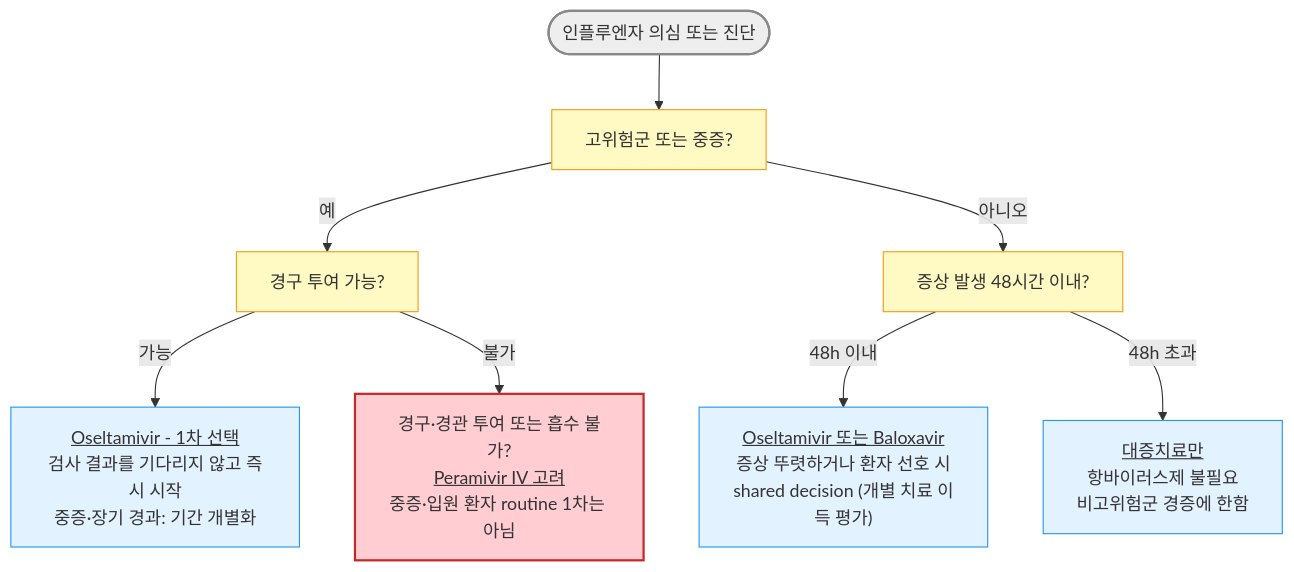
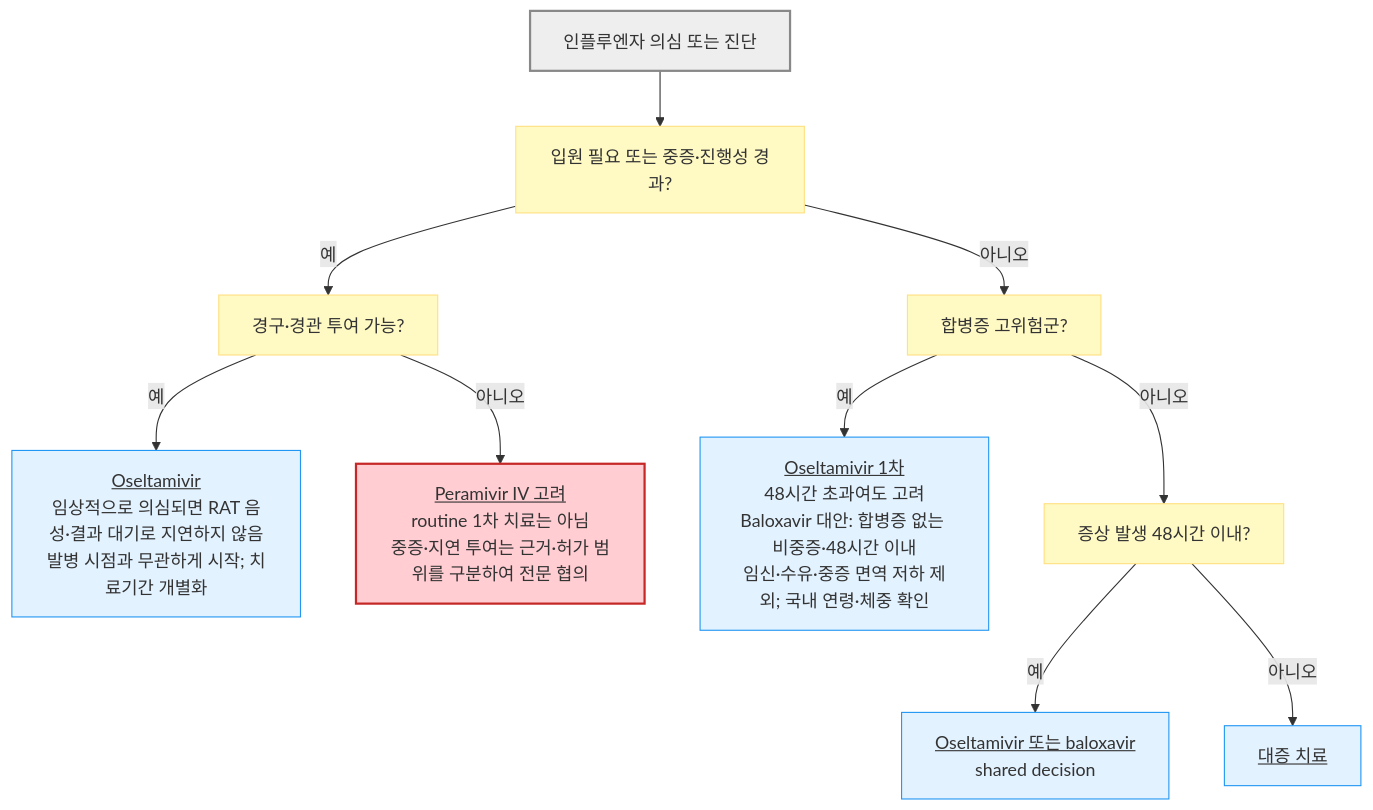
One commit to familyoh77/familyoh77 changed the diagram in 223_/069_-influenza.md. Above: the diagram before and after it, drawn with Mermaid. The commit also changed other lines of this file, not shown here.

````diff
--- a/223_/069_-influenza.md
+++ b/223_/069_-influenza.md
@@ -145,28 +156,19 @@
 ```mermaid
-graph TD
-    Start([인플루엔자 의심 또는 진단])
+flowchart TD
+    A["인플루엔자 의심 또는 진단"] --> B["입원 필요 또는 중증·진행성 경과?"]
+    B -- "예" --> C["경구·경관 투여 가능?"]
+    C -- "예" --> D["<u>Oseltamivir</u><br/>임상적으로 의심되면 RAT 음성·결과 대기로 지연하지 않음<br/>발병 시점과 무관하게 시작; 치료기간 개별화"]
+    C -- "아니오" --> E["<u>Peramivir IV 고려</u><br/>routine 1차 치료는 아님<br/>중증·지연 투여는 근거·허가 범위를 구분하여 전문 협의"]
+    B -- "아니오" --> F["합병증 고위험군?"]
+    F -- "예" --> G["<u>Oseltamivir 1차</u><br/>48시간 초과여도 고려<br/>Baloxavir 대안: 합병증 없는 비중증·48시간 이내<br/>임신·수유·중증 면역 저하 제외; 국내 연령·체중 확인"]
+    F -- "아니오" --> H["증상 발생 48시간 이내?"]
+    H -- "예" --> I["<u>Oseltamivir 또는 baloxavir</u><br/>shared decision"]
+    H -- "아니오" --> J["<u>대증 치료</u>"]
 
-    Q1[고위험군 또는 중증?]
-    Q2[증상 발생 48시간 이내?]
-    Q3[경구 투여 가능?]
-
-    R1["<u>Oseltamivir - 1차 선택</u><br/>검사 결과를 기다리지 않고 즉시 시작<br/>중증·장기 경과: 기간 개별화"]
-    R2["<u>Oseltamivir 또는 Baloxavir</u><br/>증상 뚜렷하거나 환자 선호 시<br/>shared decision (개별 치료 이득 평가)"]
-    R3["<u>대증치료만</u><br/>항바이러스제 불필요<br/>비고위험군 경증에 한함"]
-    R4["경구·경관 투여 또는 흡수 불가?<br/><u>Peramivir IV 고려</u><br/>중증·입원 환자 routine 1차는 아님"]
-
-    Start --> Q1
-    Q1 -- 예 --> Q3
-    Q1 -- 아니오 --> Q2
-    Q2 -- 48h 이내 --> R2
-    Q2 -- 48h 초과 --> R3
-    Q3 -- 가능 --> R1
-    Q3 -- 불가 --> R4
-
-    style Start fill:#eeeeee,stroke:#888888,stroke-width:2px
-classDef yellow fill:#fff9c4,stroke:#f39c12
-class Q1,Q2,Q3 yellow
-classDef sky fill:#e3f2ff,stroke:#2196f3
-class R1,R2,R3 sky
-    style R4 fill:#ffcdd2,stroke:#c62828,stroke-width:2px
+    classDef question fill:#fff9c4,stroke:#ffe082
+    class B,C,F,H question
+    classDef sky fill:#e3f2ff,stroke:#2196f3
+    class D,G,I,J sky
+    style A fill:#eeeeee,stroke:#888888,stroke-width:2px
+    style E fill:#ffcdd2,stroke:#c62828,stroke-width:2px
 ```
````
